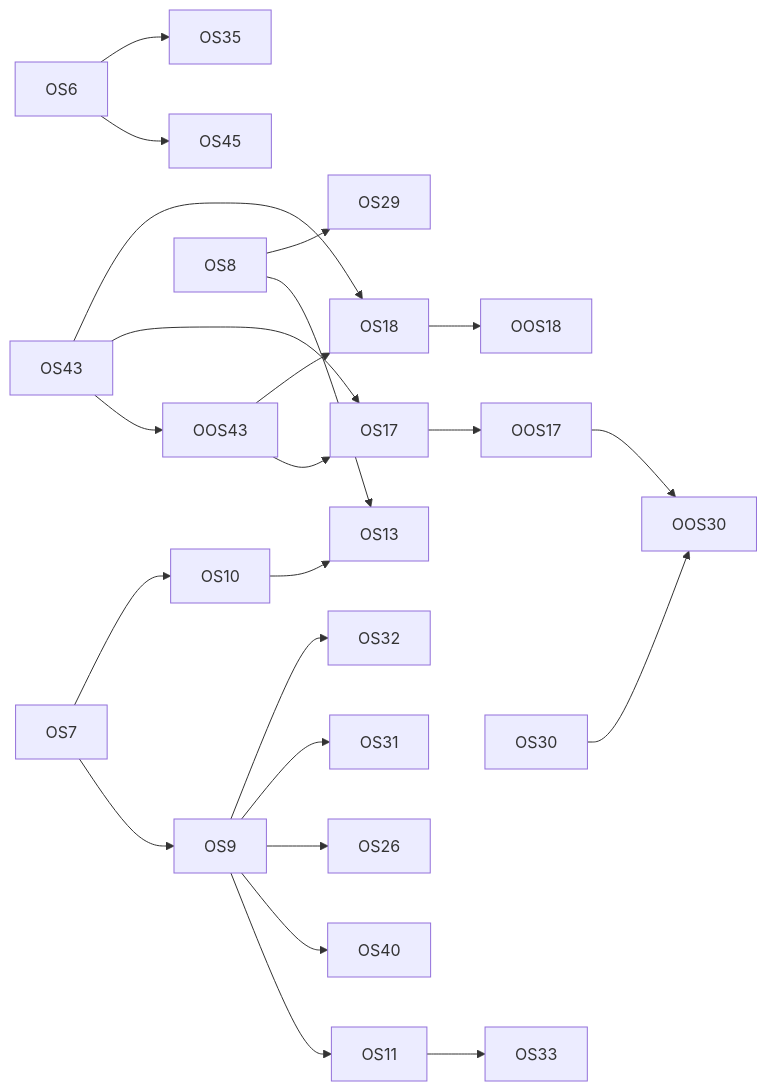
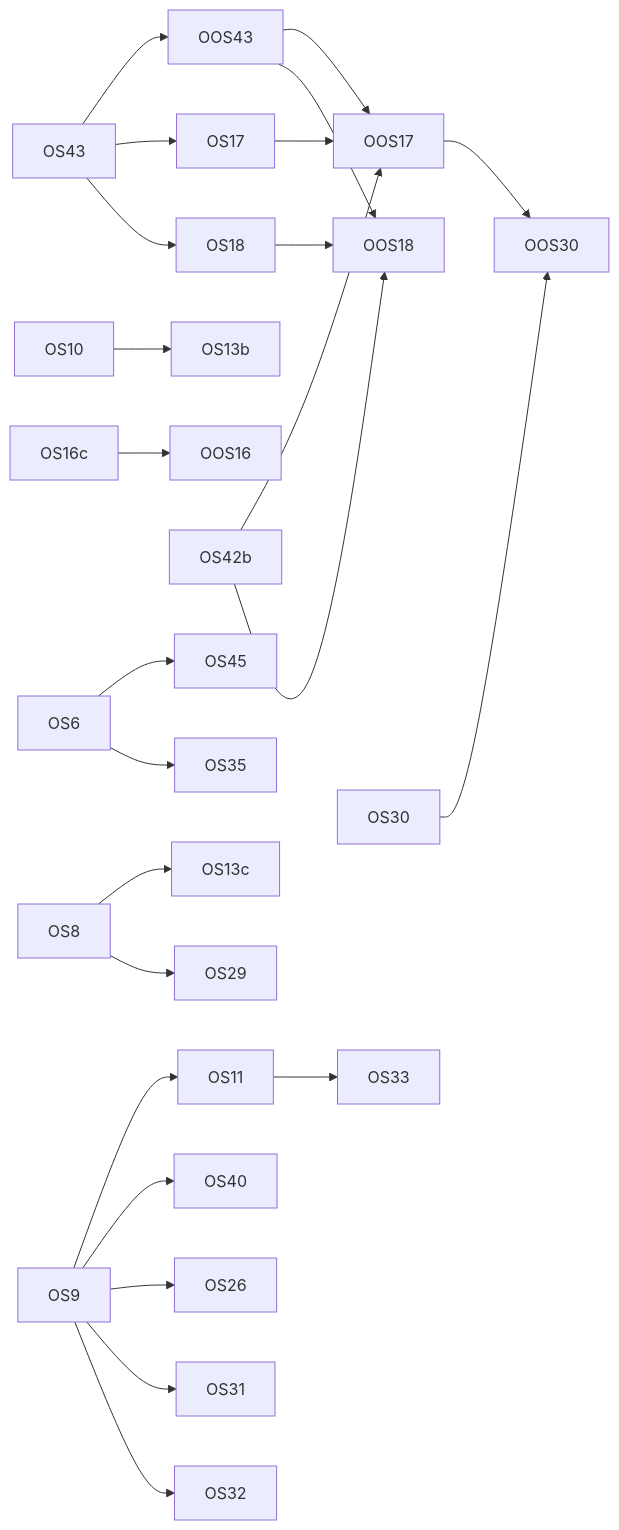
The diagram in PLAN_ORGANIC_SEARCH.md (diy-accounting-uk/submit.diyaccounting.co.uk), drawn with Mermaid before and after one commit. The commit also changed other lines of this file and 1 other file, not shown here.

````diff
--- a/PLAN_ORGANIC_SEARCH.md
+++ b/PLAN_ORGANIC_SEARCH.md
@@ -906,25 +910,26 @@
 ```mermaid
 flowchart LR
   OS6 --> OS45
-  OS7 --> OS9
-  OS7 --> OS10
   OS9 --> OS11
   OS9 --> OS40
-  OS8 --> OS13
+  OS8 --> OS13c
   OS43 --> OOS43
-  OOS43 --> OS17
-  OOS43 --> OS18
-  OS10 --> OS13
+  OOS43 --> OOS17
+  OOS43 --> OOS18
+  OS42b --> OOS17
+  OS42b --> OOS18
+  OS10 --> OS13b
+  OS16c --> OOS16
   OS43 --> OS17
   OS17 --> OOS17
   OS43 --> OS18
   OS18 --> OOS18
   OS9 --> OS26
   OS8 --> OS29
   OS30 --> OOS30
   OOS17 --> OOS30
   OS9 --> OS31
   OS9 --> OS32
   OS11 --> OS33
   OS6 --> OS35
 ```
````
